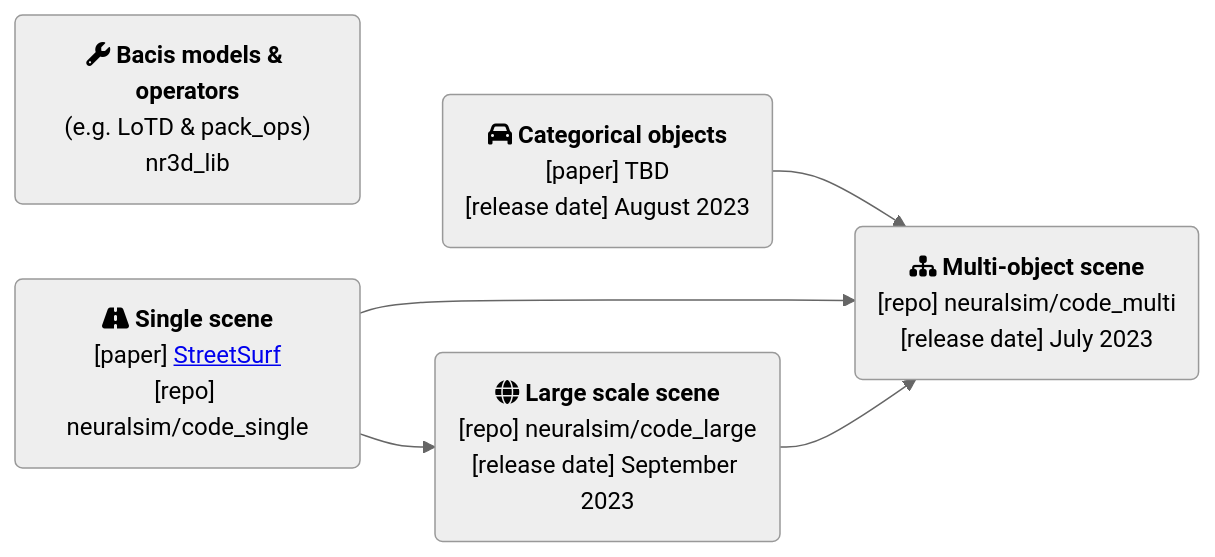
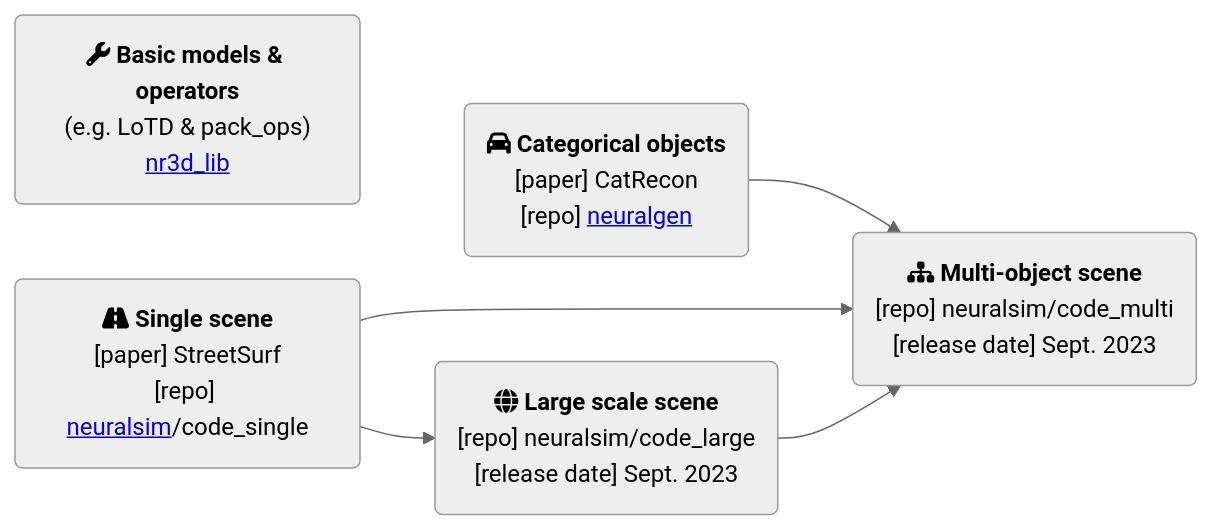
One commit to PJLab-ADG/neuralsim changed the diagram in README.md. Above: the diagram before and after it, drawn with Mermaid. The commit also changed other lines of this file and 139 other files, not shown here.

````diff
--- a/README.md
+++ b/README.md
@@ -4,13 +44,13 @@
 ```mermaid
 %%{init: {'theme': 'neutral', "flowchart" : { "curve" : "basis" } } }%%
 graph LR;
-    0("fa:fa-wrench <b>Bacis models & operators</b><br/>(e.g. LoTD & pack_ops)<br/>nr3d_lib")
-    A("fa:fa-road <b>Single scene</b><br/>[paper] <a href='https://ventusff.github.io/streetsurf_web/' target='_blank'>StreetSurf</a><br/>[repo] neuralsim/code_single")
-    B("fa:fa-car <b>Categorical objects</b><br/>[paper] TBD<br/>[release date] August 2023")
-    C("fa:fa-globe <b>Large scale scene</b><br/>[repo] neuralsim/code_large<br/>[release date] September 2023")
-    D("fa:fa-sitemap <b>Multi-object scene</b><br/>[repo] neuralsim/code_multi<br/>[release date] July 2023")
+    0("fa:fa-wrench <b>Basic models & operators</b><br/>(e.g. LoTD & pack_ops)<br/><a href='https://github.com/pjlab-ADG/nr3d_lib' target='_blank'>nr3d_lib</a>")
+    A("fa:fa-road <b>Single scene</b><br/>[paper] StreetSurf<br/>[repo] <a href='https://github.com/pjlab-ADG/neuralsim' target='_blank'>neuralsim</a>/code_single")
+    B("fa:fa-car <b>Categorical objects</b><br/>[paper] CatRecon<br/>[repo] <a href='https://github.com/pjlab-ADG/neuralgen' target='_blank'>neuralgen</a>")
+    C("fa:fa-globe <b>Large scale scene</b><br/>[repo] neuralsim/code_large<br/>[release date] Sept. 2023")
+    D("fa:fa-sitemap <b>Multi-object scene</b><br/>[repo] neuralsim/code_multi<br/>[release date] Sept. 2023")
     B --> D
     A --> D
     A --> C
     C --> D
 ```
````
